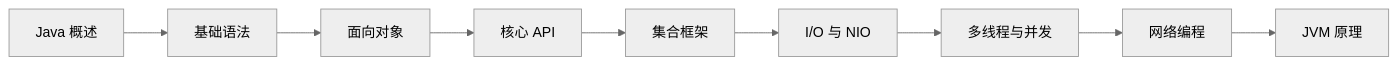
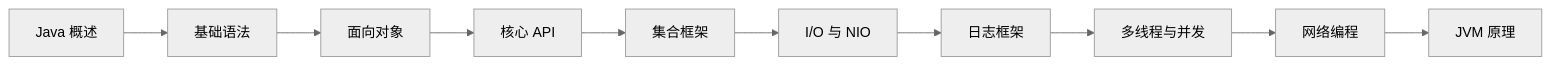
Before and after one commit to luguosong/programming-notes: the diagram in docs/java/javase/index.md, drawn with Mermaid (neutral theme). The commit also changed other lines of this file, not shown here.

Commit message:
docs: 更新 JavaSE 学习路径图，新增日志框架

````diff
--- a/docs/java/javase/index.md
+++ b/docs/java/javase/index.md
@@ -12,11 +12,12 @@
 ```mermaid
 graph LR
     A["Java 概述"] --> B["基础语法"]
     B --> C["面向对象"]
     C --> D["核心 API"]
     D --> E["集合框架"]
     E --> F["I/O 与 NIO"]
-    F --> G["多线程与并发"]
-    G --> H["网络编程"]
-    H --> I["JVM 原理"]
+    F --> G["日志框架"]
+    G --> H["多线程与并发"]
+    H --> I["网络编程"]
+    I --> J["JVM 原理"]
 ```
````
